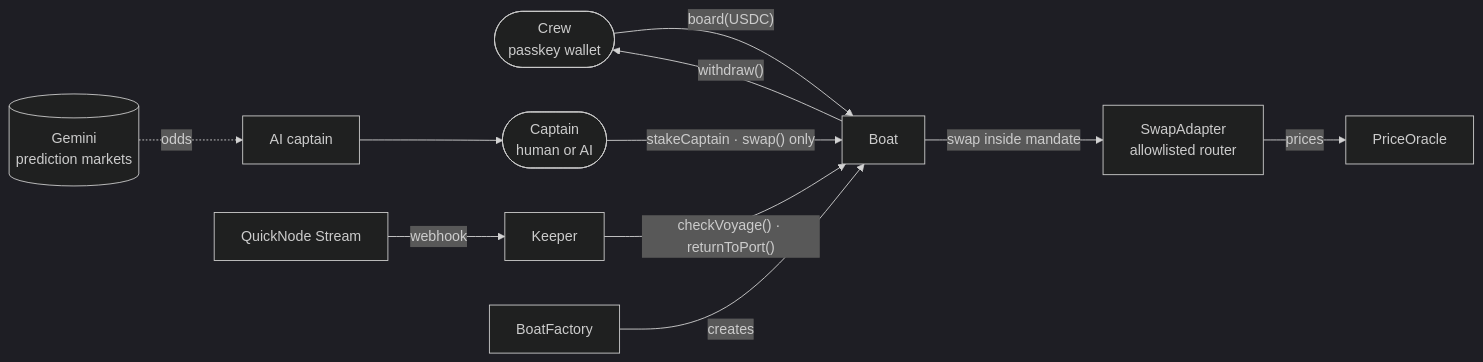
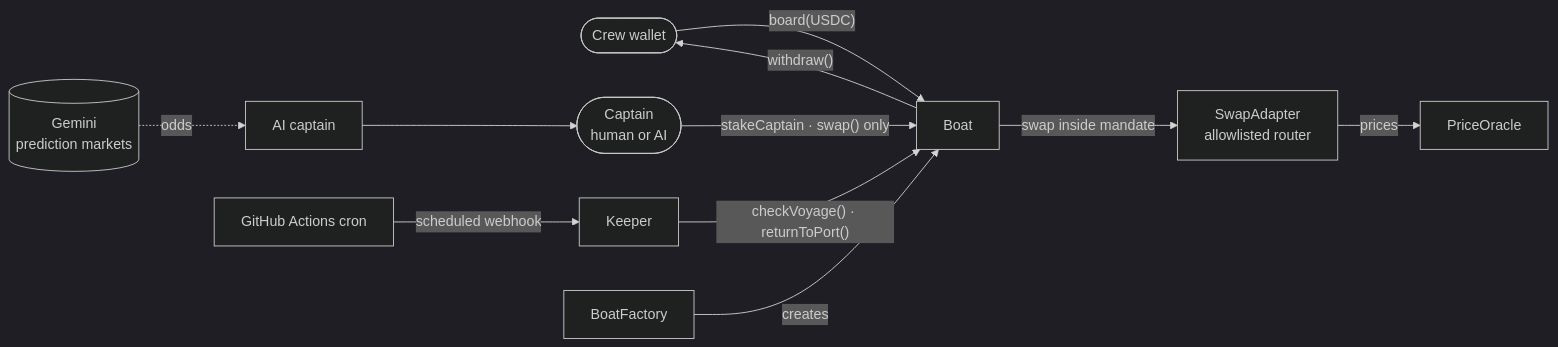
The diagram in README.md (Villarley/boats), drawn with Mermaid (dark theme) before and after one commit. The commit also changed other lines of this file and 24 other files, not shown here.

````diff
--- a/README.md
+++ b/README.md
@@ -58,13 +58,13 @@
 ```mermaid
 flowchart LR
-  Crew([Crew<br/>passkey wallet]) -- "board(USDC)" --> Boat
+  Crew([Crew wallet]) -- "board(USDC)" --> Boat
   Captain([Captain<br/>human or AI]) -- "stakeCaptain · swap() only" --> Boat
   Gemini[(Gemini<br/>prediction markets)] -. odds .-> AI[AI captain]
   AI --> Captain
   Boat -- "swap inside mandate" --> Router[SwapAdapter<br/>allowlisted router]
   Router -- prices --> Oracle[PriceOracle]
-  QN[QuickNode Stream] -- webhook --> Keeper
+  Cron[GitHub Actions cron] -- scheduled webhook --> Keeper
   Keeper -- "checkVoyage() · returnToPort()" --> Boat
   Boat -- "withdraw()" --> Crew
   Factory[BoatFactory] -- creates --> Boat
 ```
````
